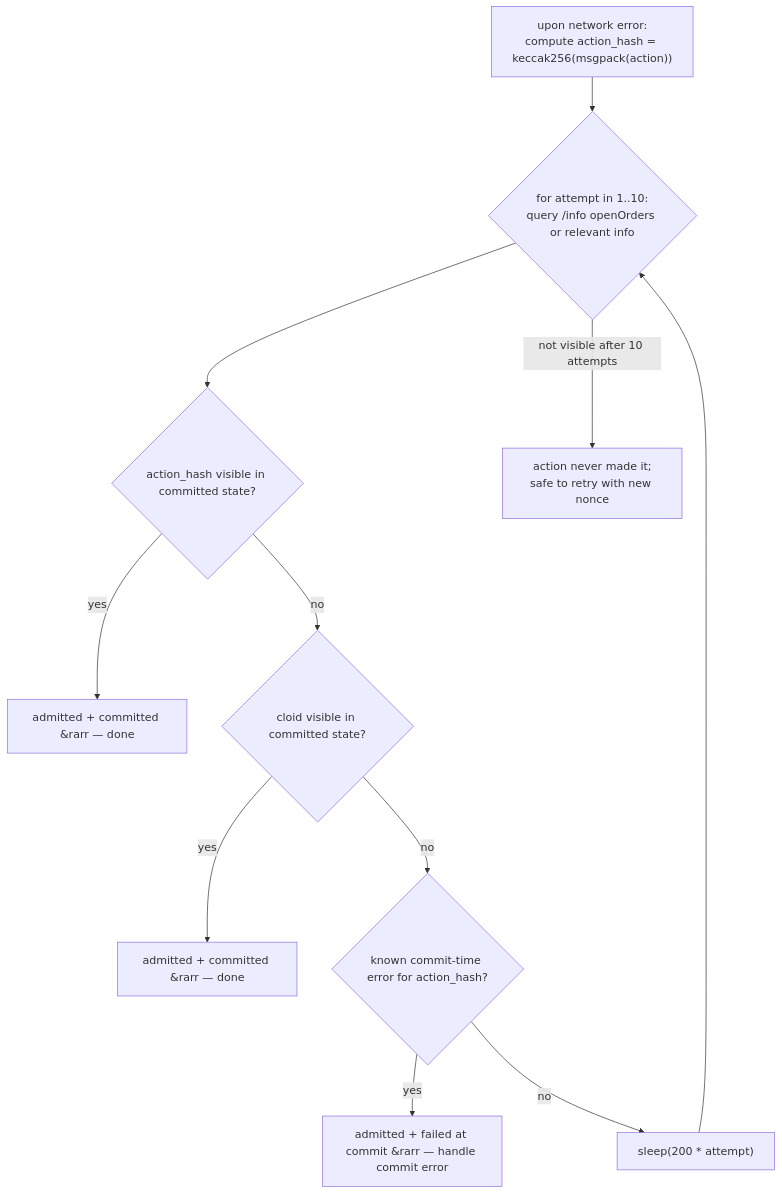
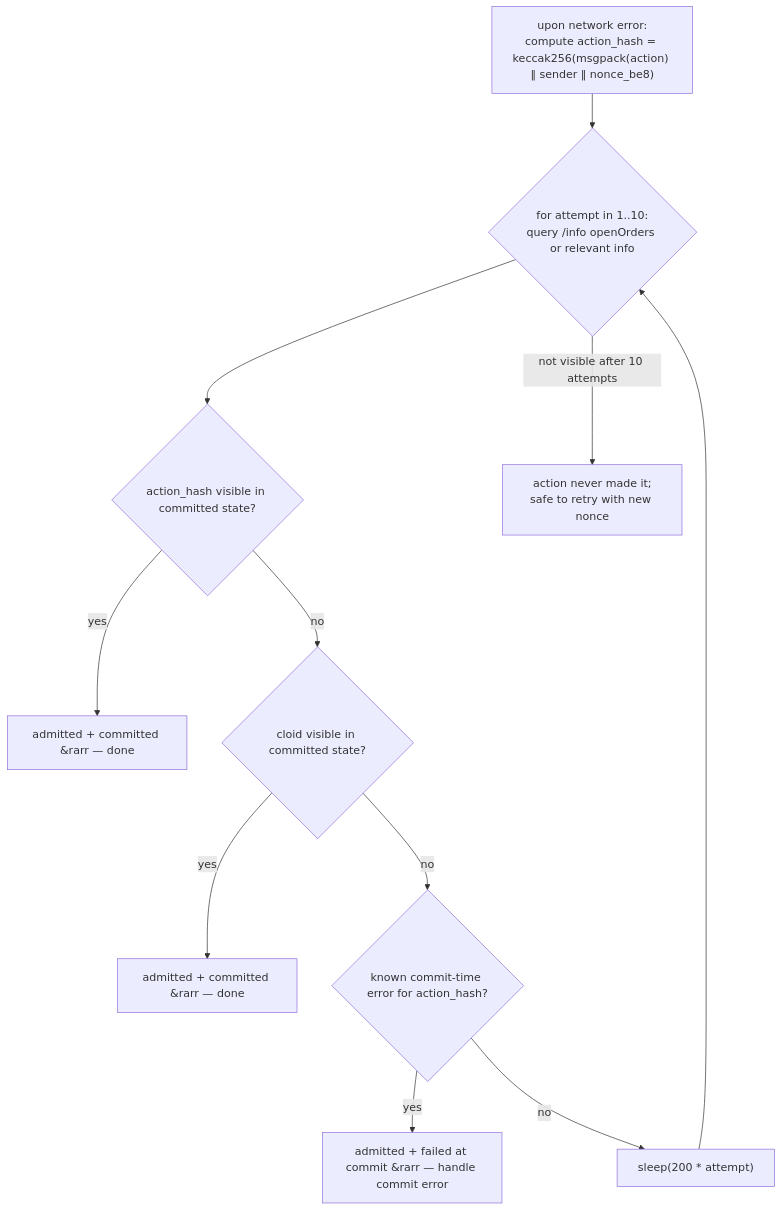
One commit to mtf-exchange/metaflux-knowledges changed the third of 3 diagrams in docs/integration/error-handling.md. Above: the diagram before and after it, drawn with Mermaid. The commit also changed other lines of this file and 7 other files, not shown here.

First line of the commit message:
docs(api): account_state/spot_state as-of height+time stamp + ~1s heartbeat; micro-USDC fractional fees; action_hash sender+nonce binding

````diff
--- a/docs/integration/error-handling.md
+++ b/docs/integration/error-handling.md
@@ -136,14 +136,14 @@
 ```mermaid
 flowchart TD
-    E["upon network error:<br/>compute action_hash = keccak256(msgpack(action))"]
+    E["upon network error:<br/>compute action_hash = keccak256(msgpack(action) ‖ sender ‖ nonce_be8)"]
     E --> L{"for attempt in 1..10:<br/>query /info openOrders or relevant info"}
     L --> H{"action_hash visible in committed state?"}
     H -->|yes| D1["admitted + committed &rarr — done"]
     H -->|no| C{"cloid visible in committed state?"}
     C -->|yes| D2["admitted + committed &rarr — done"]
     C -->|no| K{"known commit-time error for action_hash?"}
     K -->|yes| D3["admitted + failed at commit &rarr — handle commit error"]
     K -->|no| SL["sleep(200 * attempt)"]
     SL --> L
     L -->|not visible after 10 attempts| D4["action never made it;<br/>safe to retry with new nonce"]
 ```
````
